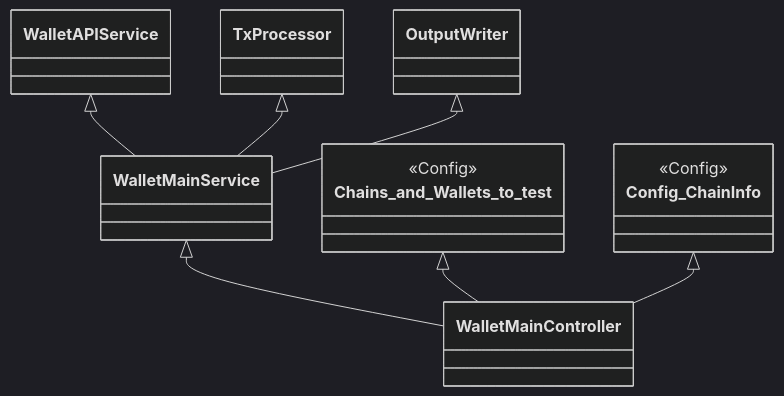
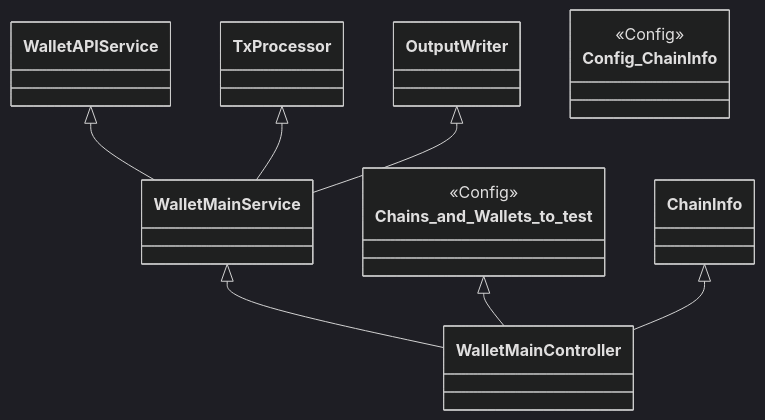
Before and after one commit to SmiteDeluxe/tx-tax-formatter: the diagram in README.md, drawn with Mermaid (dark theme).

````diff
--- a/README.md
+++ b/README.md
@@ -1,15 +1,15 @@
 ```mermaid
 classDiagram
       WalletMainService <|-- WalletMainController
       WalletAPIService <|-- WalletMainService
       TxProcessor <|-- WalletMainService
       OutputWriter <|-- WalletMainService
       Chains_and_Wallets_to_test <|-- WalletMainController
-      Config_ChainInfo <|-- WalletMainController
+      ChainInfo <|-- WalletMainController
       class Chains_and_Wallets_to_test {
         <<Config>>
       }
       class Config_ChainInfo {
         <<Config>>
       }
 ```
````
